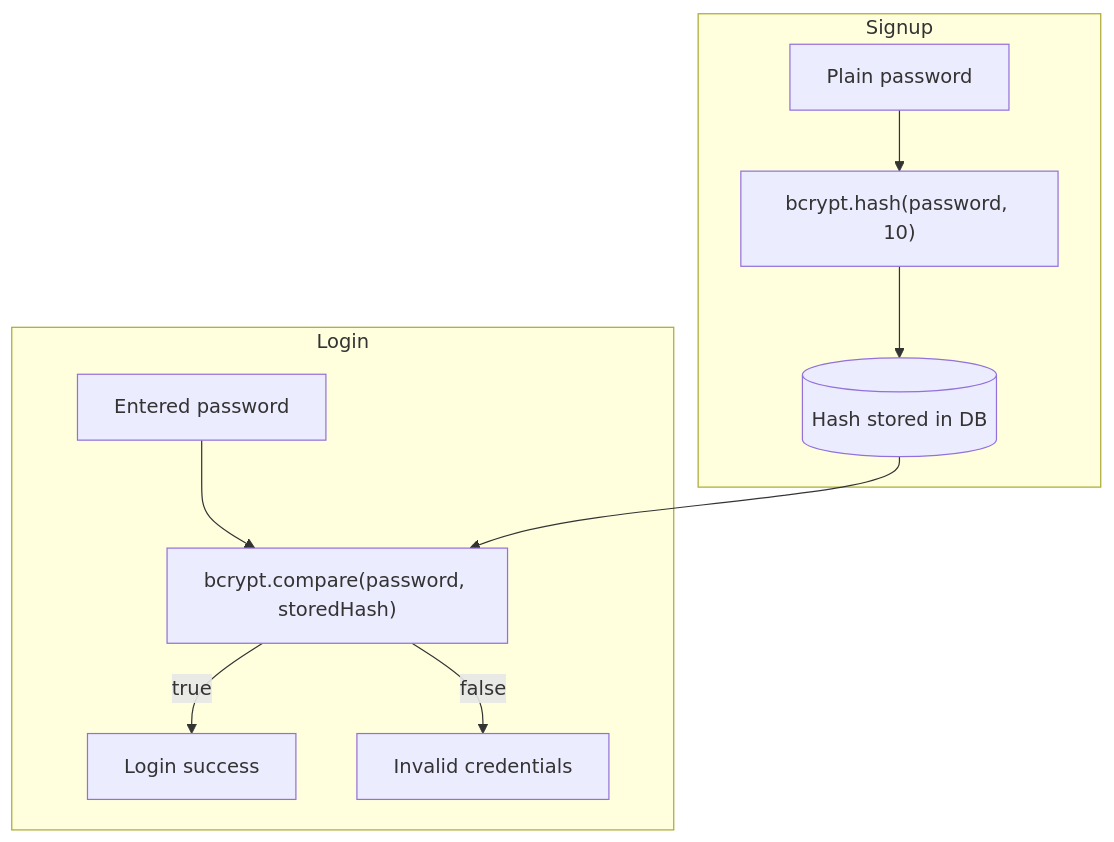
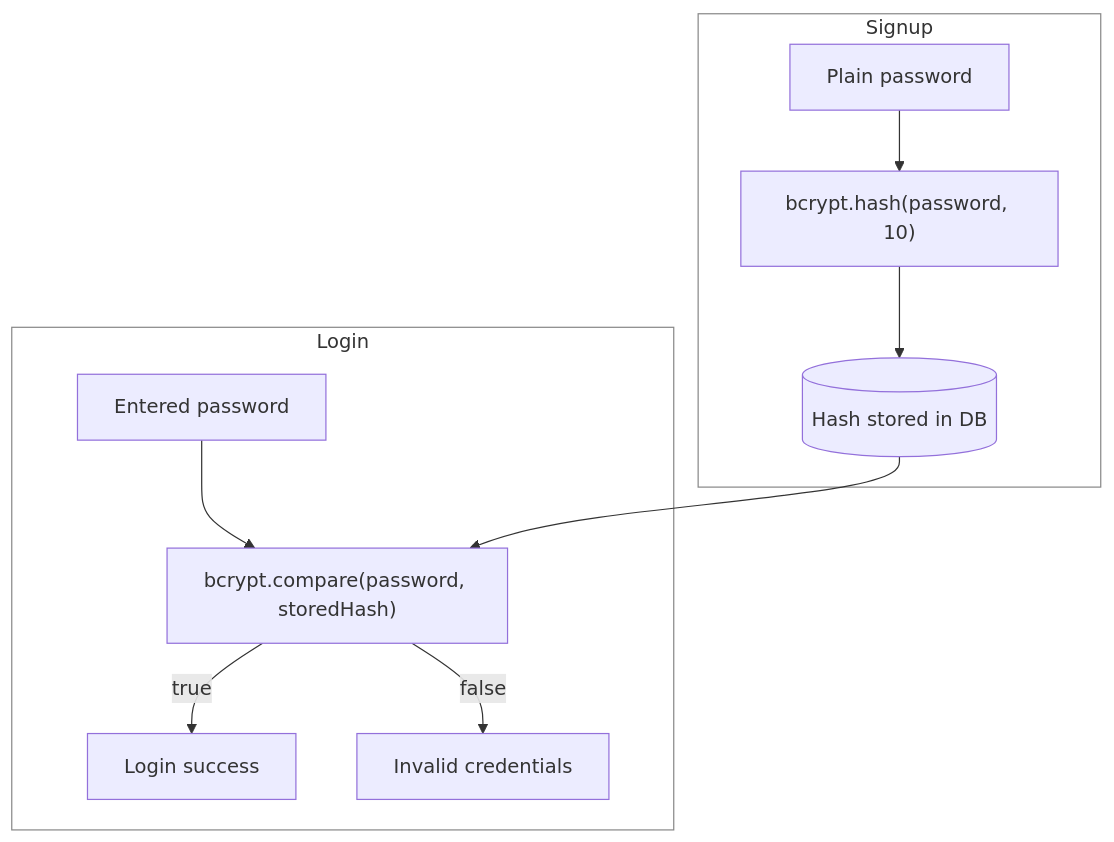
Before and after one commit to suresh-javvadi/node-js-learning-roadmap: the diagram in docs/18-password-encryption.md, drawn with Mermaid. The commit also changed other lines of this file, not shown here.

Commit message:
polish password encryption notes and diagram styling

````diff
--- a/docs/18-password-encryption.md
+++ b/docs/18-password-encryption.md
@@ -122,13 +125,15 @@
 ```mermaid
 flowchart TD
     subgraph Signup
     A[Plain password] --> B["bcrypt.hash(password, 10)"]
     B --> C[(Hash stored in DB)]
     end
     subgraph Login
     D[Entered password] --> E["bcrypt.compare(password, storedHash)"]
     C --> E
     E -->|true| F[Login success]
     E -->|false| G[Invalid credentials]
     end
+    style Signup fill:transparent,stroke:#888
+    style Login fill:transparent,stroke:#888
 ```
````
